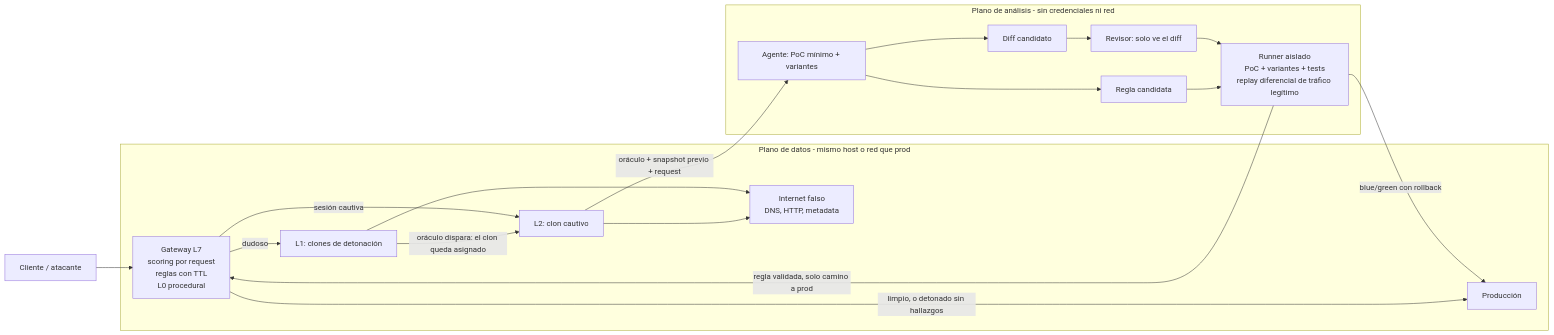
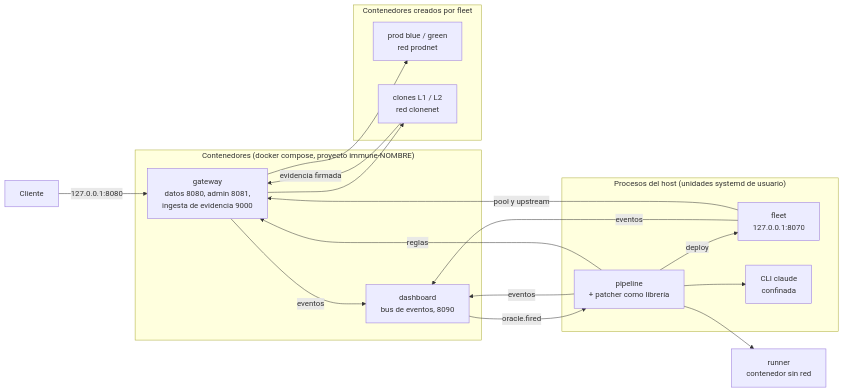
Before and after one commit to platanus-hack/platanus-hack-26-cl-team-25: the first of 3 diagrams in docs/arquitectura.md, drawn with Mermaid. The commit also changed other lines of this file and 465 other files, not shown here.

````diff
--- a/docs/arquitectura.md
+++ b/docs/arquitectura.md
@@ -143,24 +41,30 @@
 ```mermaid
 flowchart LR
-  A[Cliente / atacante] --> GW
-  subgraph DP[Plano de datos - mismo host o red que prod]
-    GW[Gateway L7<br/>scoring por request<br/>reglas con TTL<br/>L0 procedural]
-    GW -->|limpio, o detonado sin hallazgos| PROD[Producción]
-    GW -->|dudoso| DET[L1: clones de detonación]
-    DET -->|oráculo dispara: el clon queda asignado| CAU[L2: clon cautivo]
-    GW -->|sesión cautiva| CAU
-    CAU --> SINK[Internet falso<br/>DNS, HTTP, metadata]
-    DET --> SINK
+  C[Cliente] -->|127.0.0.1:8080| GW
+  subgraph Contenedores["Contenedores (docker compose, proyecto immune-NOMBRE)"]
+    GW[gateway<br/>datos 8080, admin 8081,<br/>ingesta de evidencia 9000]
+    DASH[dashboard<br/>bus de eventos, 8090]
   end
-  CAU -->|oráculo + snapshot previo + request| AN
-  subgraph CP[Plano de análisis - sin credenciales ni red]
-    AN[Agente: PoC mínimo + variantes]
-    AN --> RG[Regla candidata]
-    AN --> PD[Diff candidato]
-    PD --> REV[Revisor: solo ve el diff]
-    RG --> RUN
-    REV --> RUN[Runner aislado<br/>PoC + variantes + tests<br/>replay diferencial de tráfico legítimo]
+  subgraph Fleet["Contenedores creados por fleet"]
+    PROD[prod blue / green<br/>red prodnet]
+    CL[clones L1 / L2<br/>red clonenet]
   end
-  RUN -->|regla validada, solo camino a prod| GW
-  RUN -->|blue/green con rollback| PROD
+  subgraph Host["Procesos del host (unidades systemd de usuario)"]
+    FL[fleet<br/>127.0.0.1:8070]
+    PL[pipeline<br/>+ patcher como librería]
+    LLM[CLI claude<br/>confinada]
+  end
+  RUN[runner<br/>contenedor sin red]
+  GW --> PROD
+  GW --> CL
+  CL -->|evidencia firmada| GW
+  GW -->|eventos| DASH
+  FL -->|eventos| DASH
+  PL -->|eventos| DASH
+  DASH -->|oracle.fired| PL
+  PL -->|reglas| GW
+  PL -->|deploy| FL
+  FL -->|pool y upstream| GW
+  PL --> RUN
+  PL --> LLM
 ```
````
